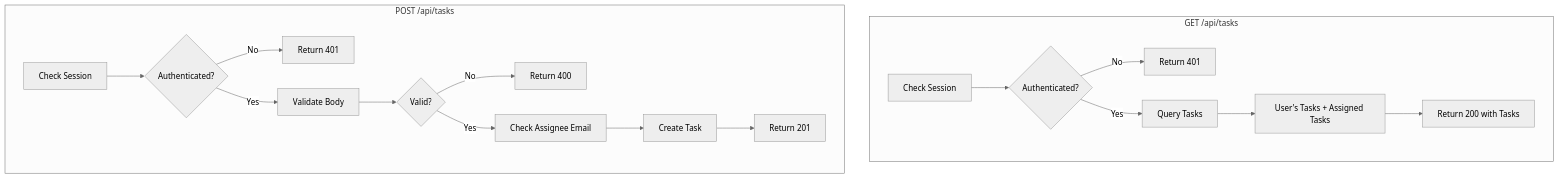
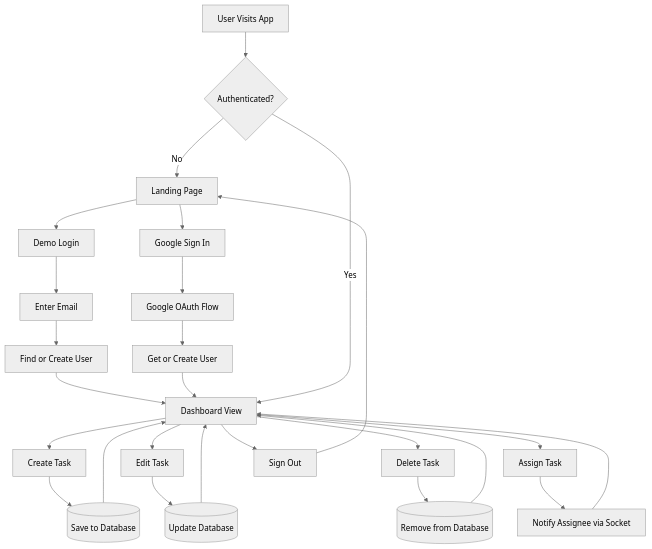
Diagram 15 of 24 in README.md (anshsharmacse/Real-time-Collaborative-Task-Manager), drawn with Mermaid (neutral theme) before and after one commit. The commit also changed other lines of this file, not shown here.

````diff
--- a/README.md
+++ b/README.md
@@ -668,21 +641,35 @@
 ```mermaid
 flowchart TD
-    subgraph "GET /api/tasks"
-        G1[Check Session] --> G2{Authenticated?}
-        G2 -->|No| G3[Return 401]
-        G2 -->|Yes| G4[Query Tasks]
-        G4 --> G5[User's Tasks + Assigned Tasks]
-        G5 --> G6[Return 200 with Tasks]
-    end
+    Start[User Visits App] --> Check{Authenticated?}
     
-    subgraph "POST /api/tasks"
-        P1[Check Session] --> P2{Authenticated?}
-        P2 -->|No| P3[Return 401]
-        P2 -->|Yes| P4[Validate Body]
-        P4 --> P5{Valid?}
-        P5 -->|No| P6[Return 400]
-        P5 -->|Yes| P7[Check Assignee Email]
-        P7 --> P8[Create Task]
-        P8 --> P9[Return 201]
-    end
+    Check -->|No| Landing[Landing Page]
+    Landing --> Demo[Demo Login]
+    Landing --> Google[Google Sign In]
+    
+    Demo --> EnterEmail[Enter Email]
+    EnterEmail --> CreateUser[Find or Create User]
+    CreateUser --> Dashboard
+    
+    Google --> GoogleOAuth[Google OAuth Flow]
+    GoogleOAuth --> GetUser[Get or Create User]
+    GetUser --> Dashboard
+    
+    Check -->|Yes| Dashboard[Dashboard View]
+    
+    Dashboard --> CreateTask[Create Task]
+    Dashboard --> EditTask[Edit Task]
+    Dashboard --> DeleteTask[Delete Task]
+    Dashboard --> AssignTask[Assign Task]
+    Dashboard --> Logout[Sign Out]
+    
+    CreateTask --> SaveDB[(Save to Database)]
+    EditTask --> UpdateDB[(Update Database)]
+    DeleteTask --> RemoveDB[(Remove from Database)]
+    AssignTask --> NotifyUser[Notify Assignee via Socket]
+    
+    SaveDB --> Dashboard
+    UpdateDB --> Dashboard
+    RemoveDB --> Dashboard
+    NotifyUser --> Dashboard
+    Logout --> Landing
 ```
````
